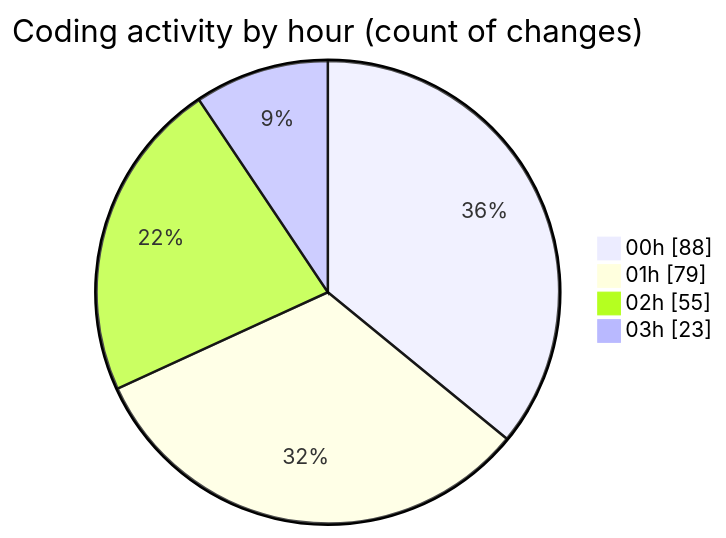
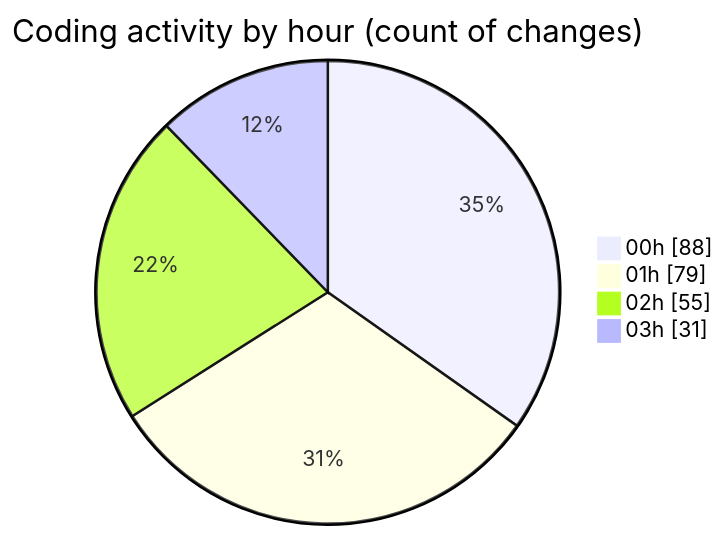
The second of 2 diagrams in 2025-08-16/rentotp/README.md (lephambinh05/code-tracking), drawn with Mermaid before and after one commit. The commit also changed other lines of this file and 1 other file, not shown here.

````diff
--- a/2025-08-16/rentotp/README.md
+++ b/2025-08-16/rentotp/README.md
@@ -57,8 +59,8 @@
 ```mermaid
 pie showData
 title Coding activity by hour (count of changes)
 "00h" : 88
 "01h" : 79
 "02h" : 55
-"03h" : 23
+"03h" : 31
 ```
````
